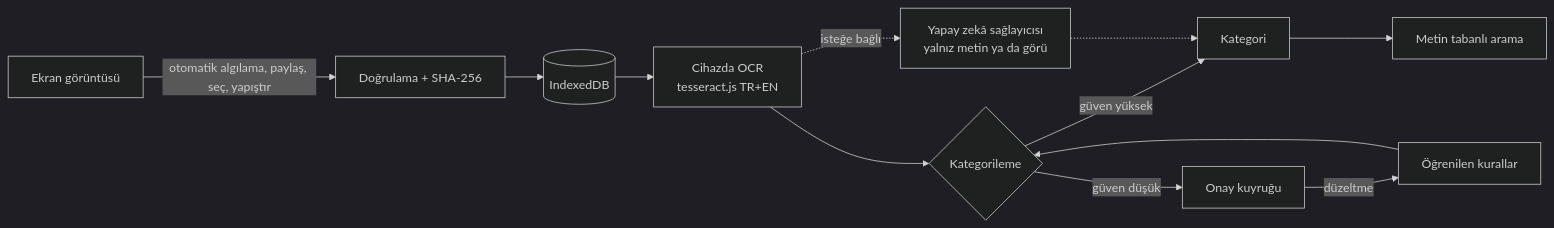
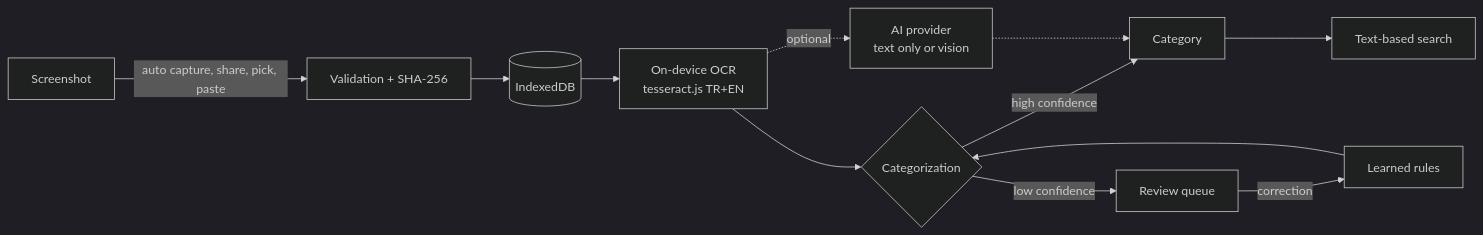
One commit to firatnexus/shotrova changed the diagram in README.md. Above: the diagram before and after it, drawn with Mermaid (dark theme). The commit also changed other lines of this file and 25 other files, not shown here.

````diff
--- a/README.md
+++ b/README.md
@@ -119,14 +121,14 @@
 ```mermaid
 flowchart LR
-    A[Ekran görüntüsü] -->|otomatik algılama, paylaş, seç, yapıştır| B[Doğrulama + SHA-256]
+    A[Screenshot] -->|auto capture, share, pick, paste| B[Validation + SHA-256]
     B --> C[(IndexedDB)]
-    C --> D[Cihazda OCR<br/>tesseract.js TR+EN]
-    D --> E{Kategorileme}
-    E -->|güven yüksek| F[Kategori]
-    E -->|güven düşük| G[Onay kuyruğu]
-    D -. isteğe bağlı .-> H[Yapay zekâ sağlayıcısı<br/>yalnız metin ya da görü]
+    C --> D[On-device OCR<br/>tesseract.js TR+EN]
+    D --> E{Categorization}
+    E -->|high confidence| F[Category]
+    E -->|low confidence| G[Review queue]
+    D -. optional .-> H[AI provider<br/>text only or vision]
     H -.-> F
-    F --> I[Metin tabanlı arama]
-    G -->|düzeltme| J[Öğrenilen kurallar]
+    F --> I[Text-based search]
+    G -->|correction| J[Learned rules]
     J --> E
 ```
````
